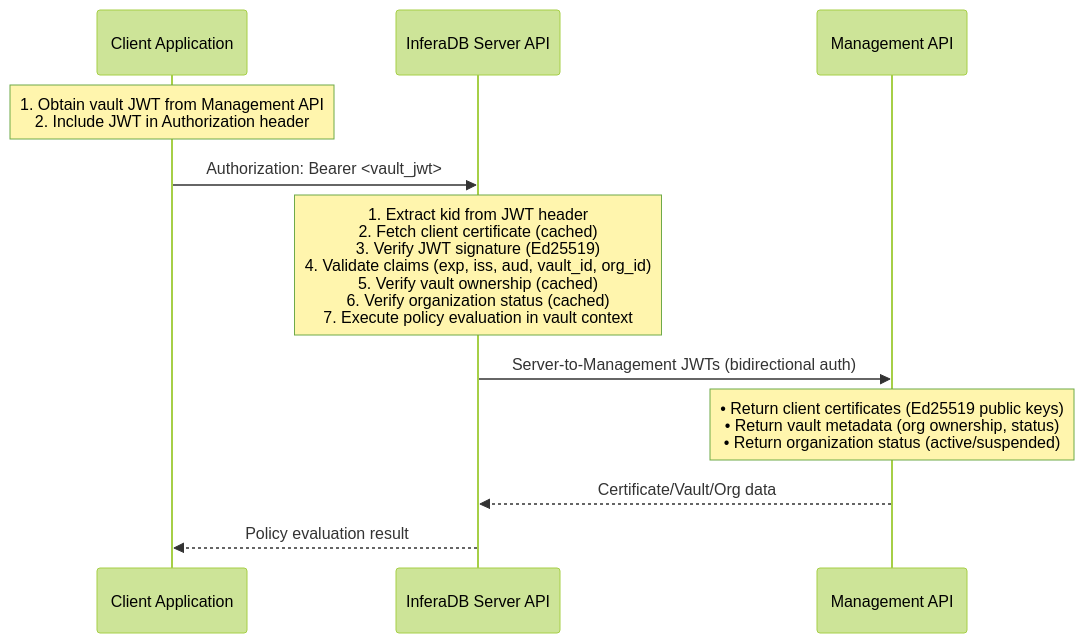
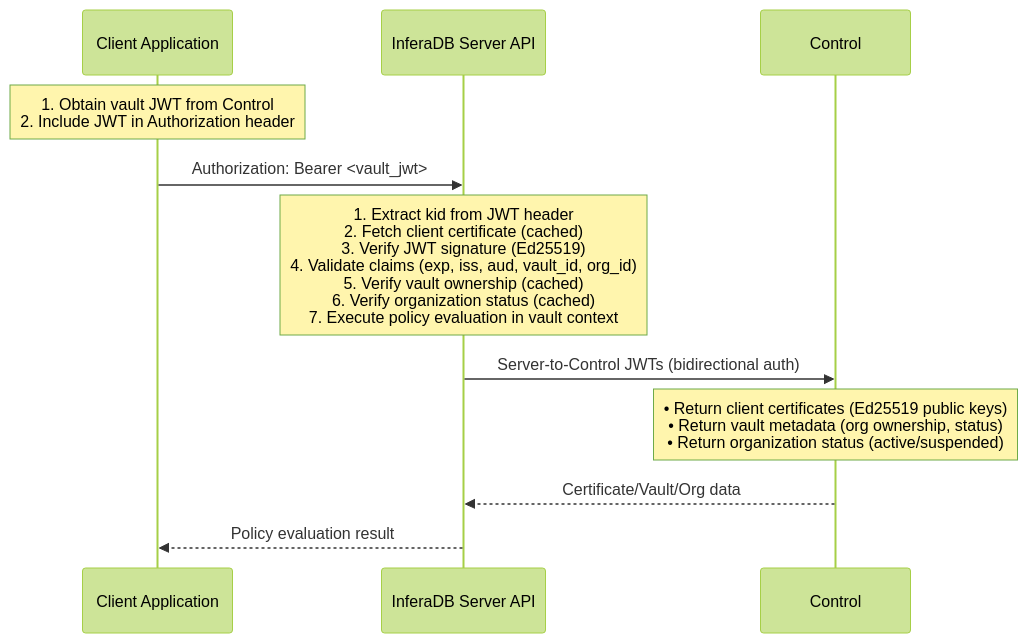
The diagram in docs/authentication.md (inferadb/engine), drawn with Mermaid (forest theme) before and after one commit. The commit also changed other lines of this file and 464 other files, not shown here.

````diff
--- a/docs/authentication.md
+++ b/docs/authentication.md
@@ -29,19 +29,19 @@
 ```mermaid
 sequenceDiagram
     participant Client as Client Application
     participant Server as InferaDB Server API
-    participant Mgmt as Management API
+    participant Control as Control
 
-    Note over Client: 1. Obtain vault JWT from Management API<br/>2. Include JWT in Authorization header
+    Note over Client: 1. Obtain vault JWT from Control<br/>2. Include JWT in Authorization header
 
     Client->>Server: Authorization: Bearer <vault_jwt>
 
     Note over Server: 1. Extract kid from JWT header<br/>2. Fetch client certificate (cached)<br/>3. Verify JWT signature (Ed25519)<br/>4. Validate claims (exp, iss, aud, vault_id, org_id)<br/>5. Verify vault ownership (cached)<br/>6. Verify organization status (cached)<br/>7. Execute policy evaluation in vault context
 
-    Server->>Mgmt: Server-to-Management JWTs (bidirectional auth)
+    Server->>Control: Server-to-Control JWTs (bidirectional auth)
 
-    Note over Mgmt: • Return client certificates (Ed25519 public keys)<br/>• Return vault metadata (org ownership, status)<br/>• Return organization status (active/suspended)
+    Note over Control: • Return client certificates (Ed25519 public keys)<br/>• Return vault metadata (org ownership, status)<br/>• Return organization status (active/suspended)
 
-    Mgmt-->>Server: Certificate/Vault/Org data
+    Control-->>Server: Certificate/Vault/Org data
     Server-->>Client: Policy evaluation result
 ```
````
